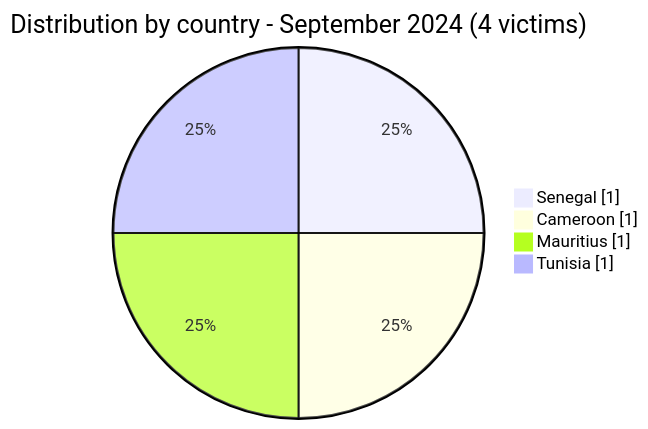
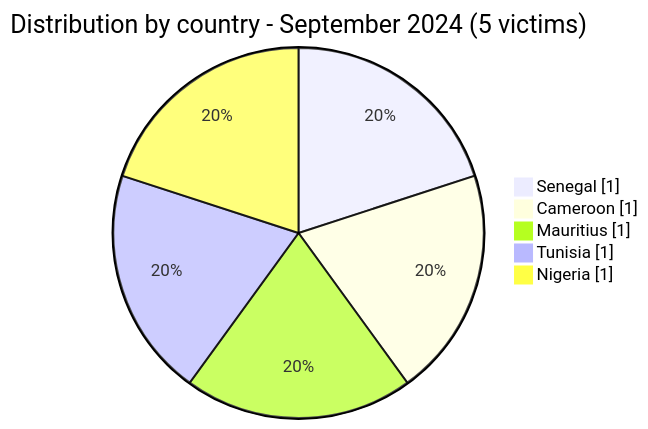
Before and after one commit to Hatchepsoute/AFRINTEL: the second of 4 diagrams in CyberAttackAfrica/2024/09-september/README.md, drawn with Mermaid. The commit also changed other lines of this file and 255 other files, not shown here.

````diff
--- a/CyberAttackAfrica/2024/09-september/README.md
+++ b/CyberAttackAfrica/2024/09-september/README.md
@@ -57,8 +60,9 @@
 ```mermaid
 pie showData
-    title Distribution by country - September 2024 (4 victims)
+    title Distribution by country - September 2024 (5 victims)
     "Senegal" : 1
     "Cameroon" : 1
     "Mauritius" : 1
     "Tunisia" : 1
+    "Nigeria" : 1
 ```
````
